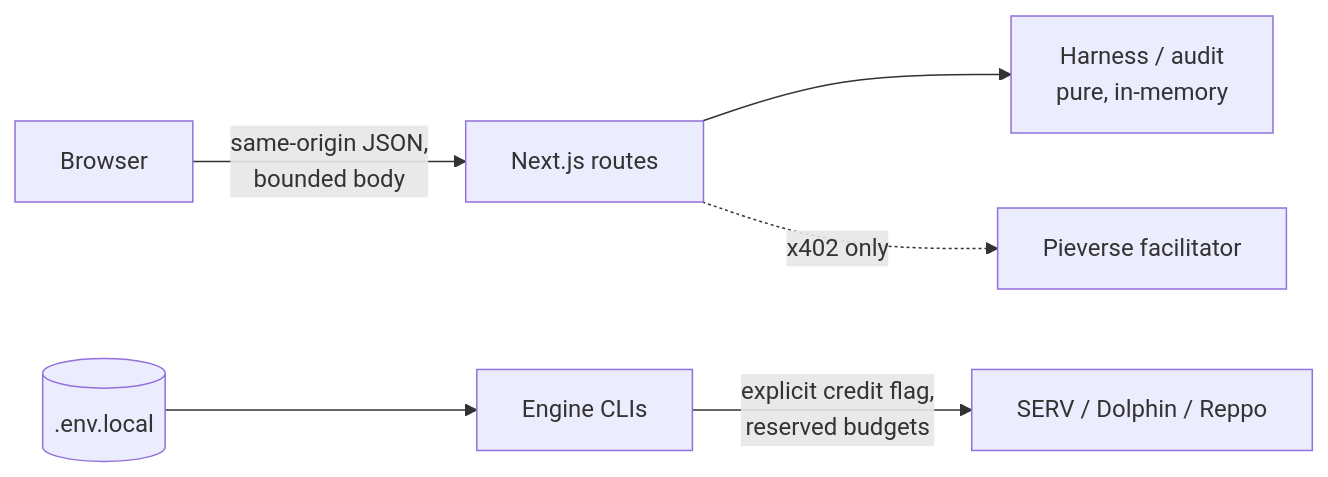
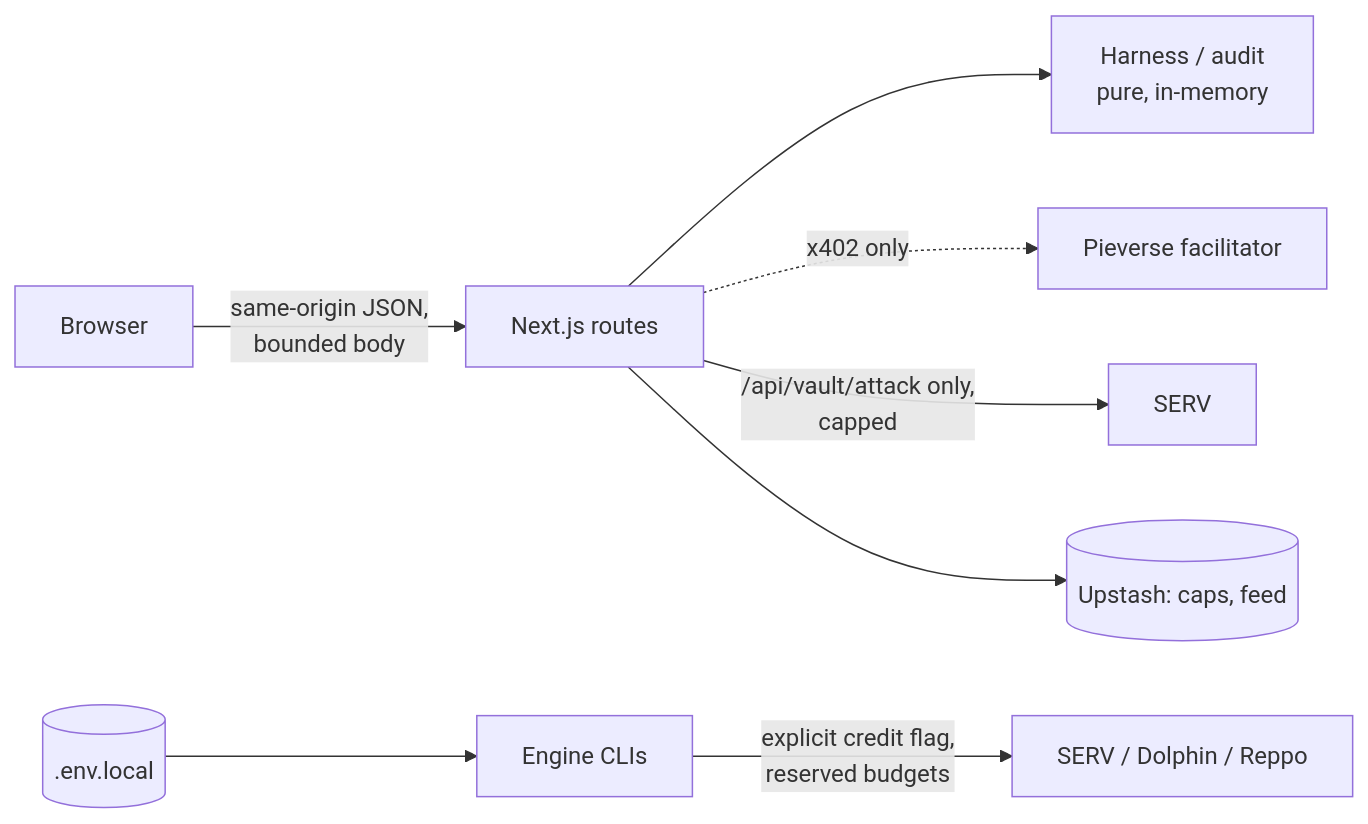
Before and after one commit to Manuel-dev01/heist: the eighth of 8 diagrams in docs/ARCHITECTURE.md, drawn with Mermaid. The commit also changed other lines of this file and 4 other files, not shown here.

First line of the commit message:
docs: bring README, architecture and site copy up to date

````diff
--- a/docs/ARCHITECTURE.md
+++ b/docs/ARCHITECTURE.md
@@ -285,8 +318,10 @@
 ```mermaid
 flowchart LR
   U[Browser] -- same-origin JSON,<br/>bounded body --> API[Next.js routes]
   API --> HAR[Harness / audit<br/>pure, in-memory]
   API -. x402 only .-> FAC[Pieverse facilitator]
+  API -- /api/vault/attack only,<br/>capped --> SV[SERV]
+  API --> KV[(Upstash: caps, feed)]
   ENG[Engine CLIs] -- explicit credit flag,<br/>reserved budgets --> PROV[SERV / Dolphin / Reppo]
   SEC[(.env.local)] --> ENG
 ```
````
